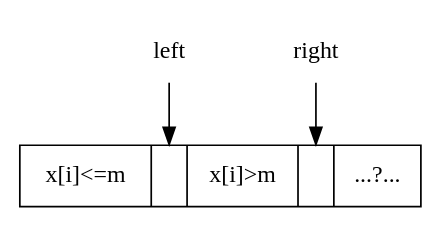
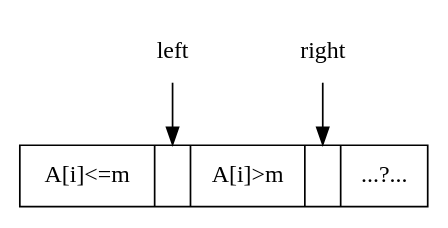
The diagram in others/preface/img/divide-by-m.dot (liuxinyu95/AlgoXY), drawn with Graphviz before and after one commit. The commit also changed 2 other files, not shown here.

```diff
--- a/others/preface/img/divide-by-m.dot
+++ b/others/preface/img/divide-by-m.dot
@@ -1,9 +1,9 @@
 digraph G{
 	margin="0"
 	node[shape=record]
-	n[label=" x[i]\<=m |<l>| x[i]\>m |<r>| ...?... "];
-	left[style=filled, color=white];
-	right[style=filled, color=white];
+	n[label=" A[i]\<=m |<l>| A[i]\>m |<r>| ...?... "];
+	left[style=filled, color=transparent];
+	right[style=filled, color=transparent];
 	left->n:l;
 	right->n:r;
 }
```
